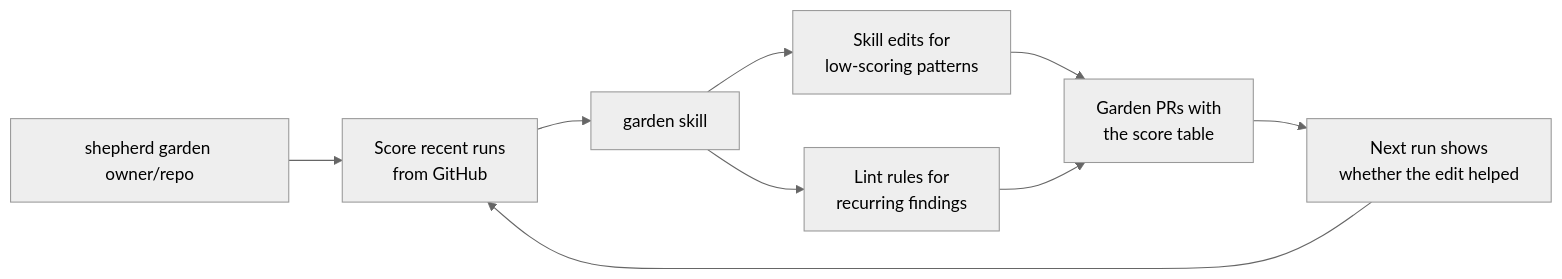
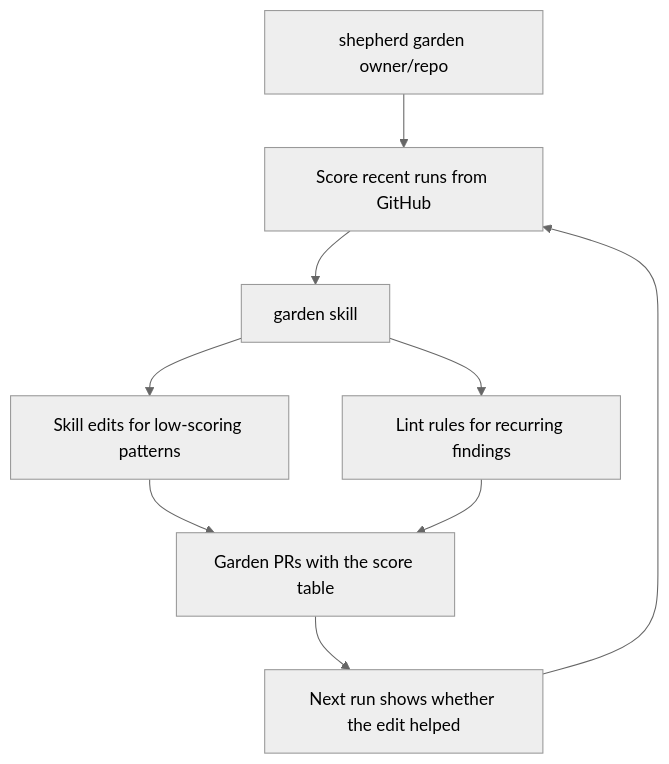
Before and after one commit to jagreehal/shepherd: the diagram in docs/src/content/docs/operations/gardening.md, drawn with Mermaid (neutral theme). The commit also changed other lines of this file and 41 other files, not shown here.

````diff
--- a/docs/src/content/docs/operations/gardening.md
+++ b/docs/src/content/docs/operations/gardening.md
@@ -5,10 +8,10 @@
 ```mermaid
-flowchart LR
-    G[shepherd garden owner/repo] --> SC[Score recent runs<br/>from GitHub]
+flowchart TD
+    G[shepherd garden owner/repo] --> SC[Score recent runs from GitHub]
     SC --> SK[garden skill]
-    SK --> E1[Skill edits for<br/>low-scoring patterns]
-    SK --> E2[Lint rules for<br/>recurring findings]
-    E1 & E2 --> PR[Garden PRs with<br/>the score table]
-    PR --> NX[Next run shows<br/>whether the edit helped]
+    SK --> E1[Skill edits for low-scoring patterns]
+    SK --> E2[Lint rules for recurring findings]
+    E1 & E2 --> PR[Garden PRs with the score table]
+    PR --> NX[Next run shows whether the edit helped]
     NX --> SC
 ```
````
